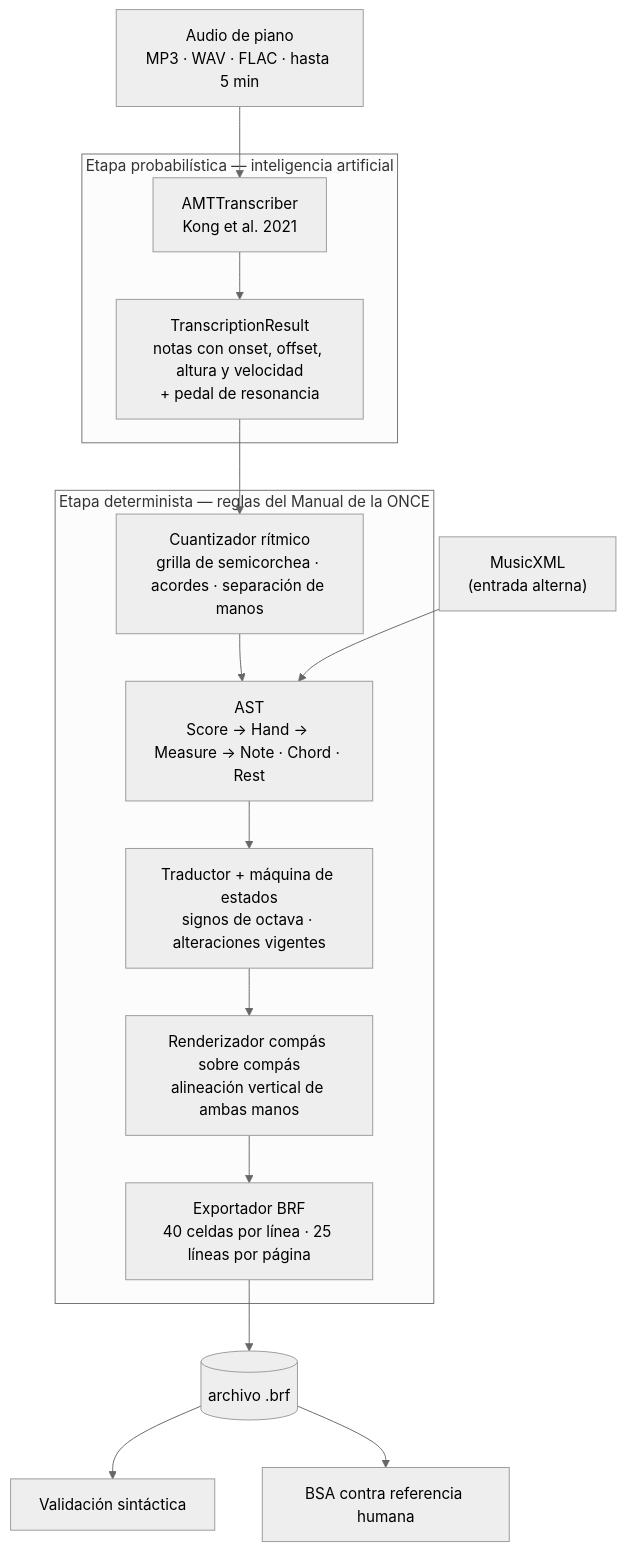
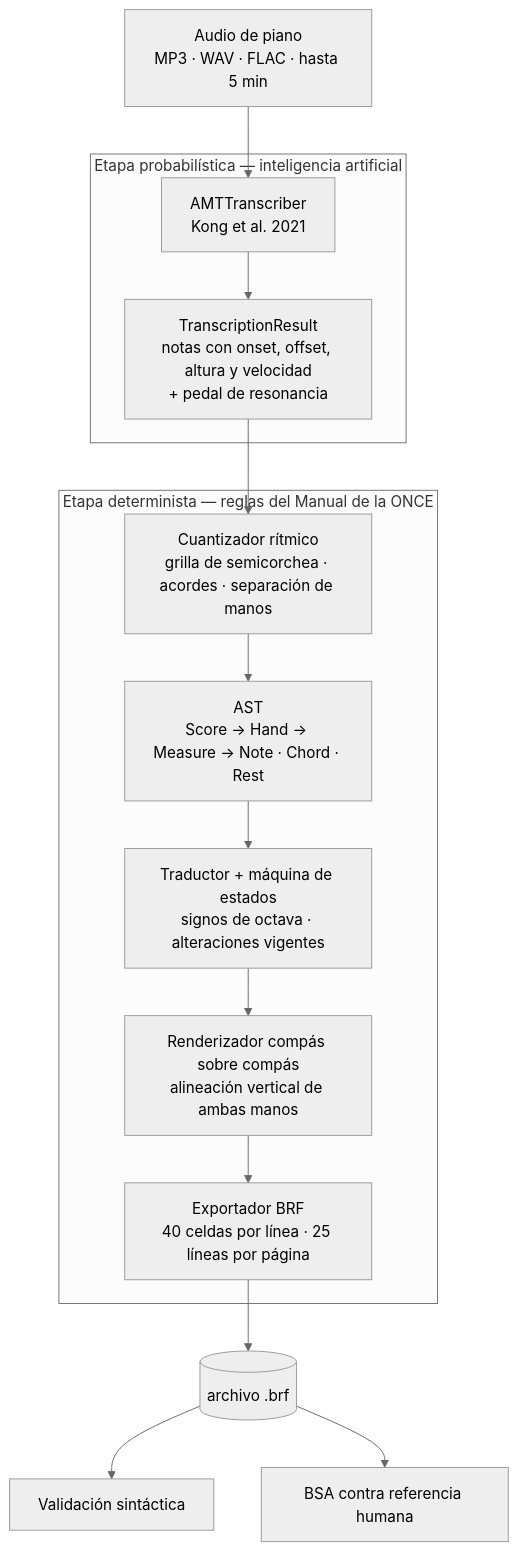
The diagram in README.md (G2309/amt-braille-translator), drawn with Mermaid (neutral theme) before and after one commit. The commit also changed other lines of this file, not shown here.

````diff
--- a/README.md
+++ b/README.md
@@ -11,27 +11,25 @@
 ```mermaid
 flowchart TD
     A["Audio de piano<br/>MP3 · WAV · FLAC · hasta 5 min"]
-    X["MusicXML<br/>(entrada alterna)"]
 
     subgraph IA["Etapa probabilística — inteligencia artificial"]
         B["AMTTranscriber<br/>Kong et al. 2021"]
         C["TranscriptionResult<br/>notas con onset, offset, altura y velocidad<br/>+ pedal de resonancia"]
     end
 
     subgraph DET["Etapa determinista — reglas del Manual de la ONCE"]
         D["Cuantizador rítmico<br/>grilla de semicorchea · acordes · separación de manos"]
         E["AST<br/>Score → Hand → Measure → Note · Chord · Rest"]
         F["Traductor + máquina de estados<br/>signos de octava · alteraciones vigentes"]
         G["Renderizador compás sobre compás<br/>alineación vertical de ambas manos"]
         H["Exportador BRF<br/>40 celdas por línea · 25 líneas por página"]
     end
 
     I[("archivo .brf")]
     J["Validación sintáctica"]
     K["BSA contra referencia humana"]
 
     A --> B --> C --> D --> E --> F --> G --> H --> I
-    X --> E
     I --> J
     I --> K
 ```
````
